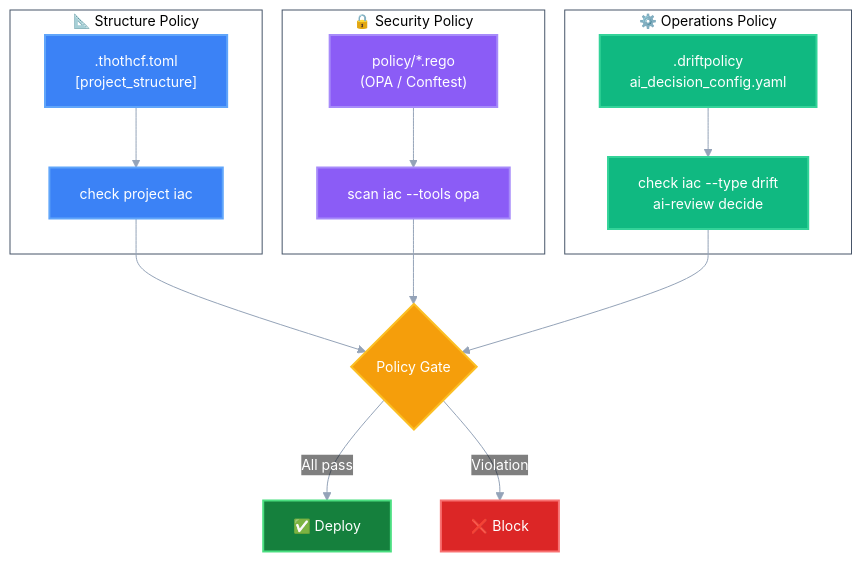
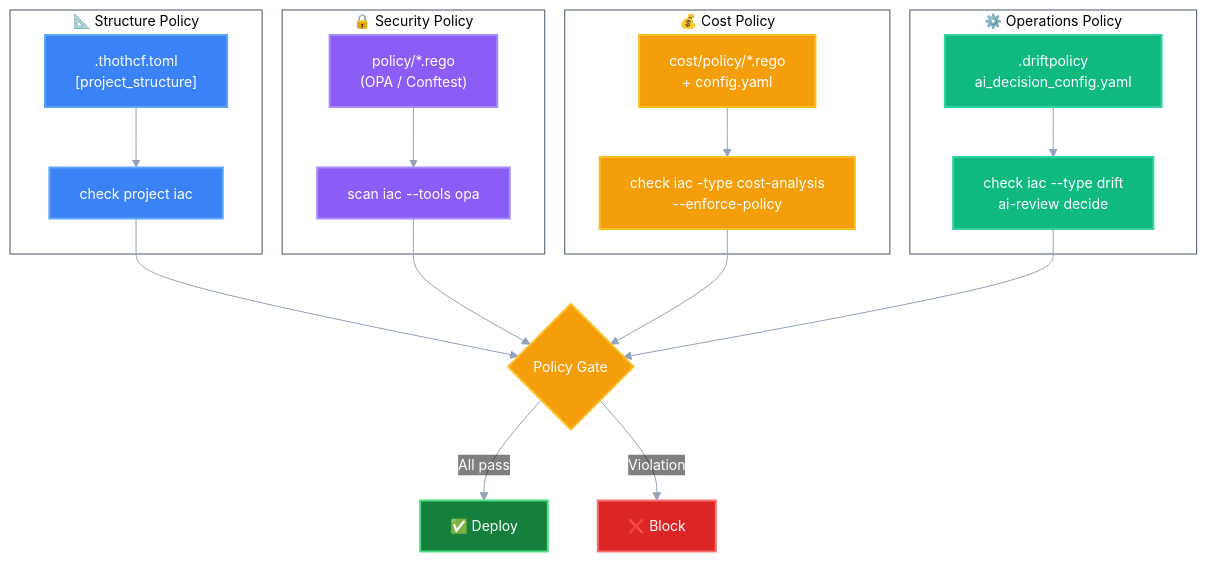
The first of 3 diagrams in docs/framework/policy_as_code.md (thothforge/thothctl), drawn with Mermaid before and after one commit. The commit also changed other lines of this file, not shown here.

First line of the commit message:
docs: add Cost Policy section to policy-as-code documentation

````diff
--- a/docs/framework/policy_as_code.md
+++ b/docs/framework/policy_as_code.md
@@ -7,62 +7,71 @@
 ```mermaid
 %%{init: {'theme':'base', 'themeVariables': {
   'primaryColor':'#3b82f6',
   'primaryTextColor':'#ffffff',
   'primaryBorderColor':'#2563eb',
   'lineColor':'#94a3b8',
   'secondaryColor':'#10b981',
   'tertiaryColor':'#8b5cf6',
   'background':'transparent',
   'mainBkg':'#3b82f6',
   'secondBkg':'#10b981',
   'tertiaryBkg':'#8b5cf6',
   'clusterBkg':'rgba(241, 245, 249, 0.05)',
   'clusterBorder':'#475569',
   'titleColor':'currentColor',
   'edgeLabelBackground':'transparent',
   'nodeTextColor':'#ffffff',
   'textColor':'currentColor',
   'nodeBorder':'#1e293b',
   'fontSize':'14px'
 }}}%%
 graph TB
     subgraph Structure["📐 Structure Policy"]
         S1[".thothcf.toml<br/>[project_structure]"]
         S2["check project iac"]
     end
 
     subgraph Security["🔒 Security Policy"]
         P1["policy/*.rego<br/>(OPA / Conftest)"]
         P2["scan iac --tools opa"]
     end
 
+    subgraph Cost["💰 Cost Policy"]
+        C1["cost/policy/*.rego<br/>+ config.yaml"]
+        C2["check iac -type cost-analysis<br/>--enforce-policy"]
+    end
+
     subgraph Operations["⚙️ Operations Policy"]
         O1[".driftpolicy<br/>ai_decision_config.yaml"]
         O2["check iac --type drift<br/>ai-review decide"]
     end
 
     S1 --> S2
     P1 --> P2
+    C1 --> C2
     O1 --> O2
 
     S2 --> Gate{"Policy Gate"}
     P2 --> Gate
+    C2 --> Gate
     O2 --> Gate
 
     Gate -->|All pass| Deploy["✅ Deploy"]
     Gate -->|Violation| Block["❌ Block"]
 
     classDef structStyle fill:#3b82f6,stroke:#60a5fa,stroke-width:2px,color:#fff
     classDef secStyle fill:#8b5cf6,stroke:#a78bfa,stroke-width:2px,color:#fff
+    classDef costStyle fill:#f59e0b,stroke:#fbbf24,stroke-width:2px,color:#fff
     classDef opsStyle fill:#10b981,stroke:#34d399,stroke-width:2px,color:#fff
     classDef gateStyle fill:#f59e0b,stroke:#fbbf24,stroke-width:2px,color:#fff
     classDef resultStyle fill:#15803d,stroke:#4ade80,stroke-width:2px,color:#ffffff
     classDef blockStyle fill:#dc2626,stroke:#f87171,stroke-width:2px,color:#ffffff
 
     class S1,S2 structStyle
     class P1,P2 secStyle
+    class C1,C2 costStyle
     class O1,O2 opsStyle
     class Gate gateStyle
     class Deploy resultStyle
     class Block blockStyle
 ```
````
